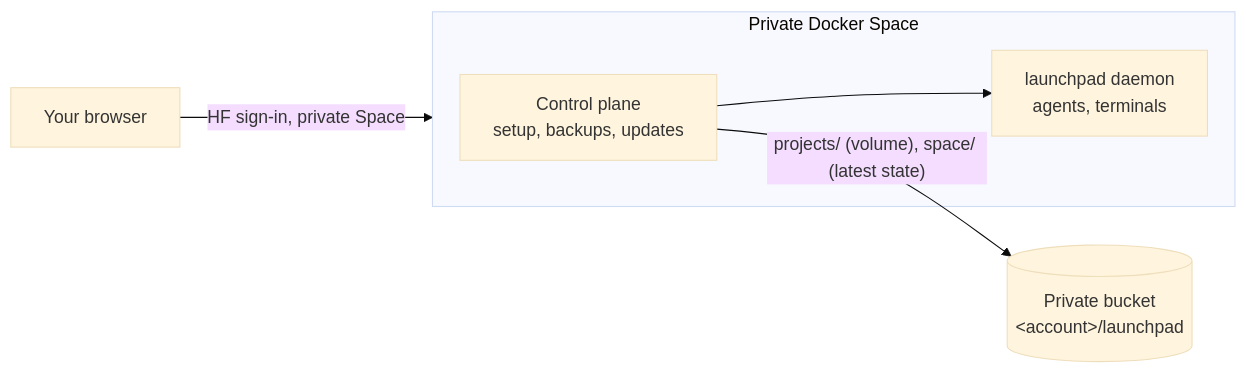
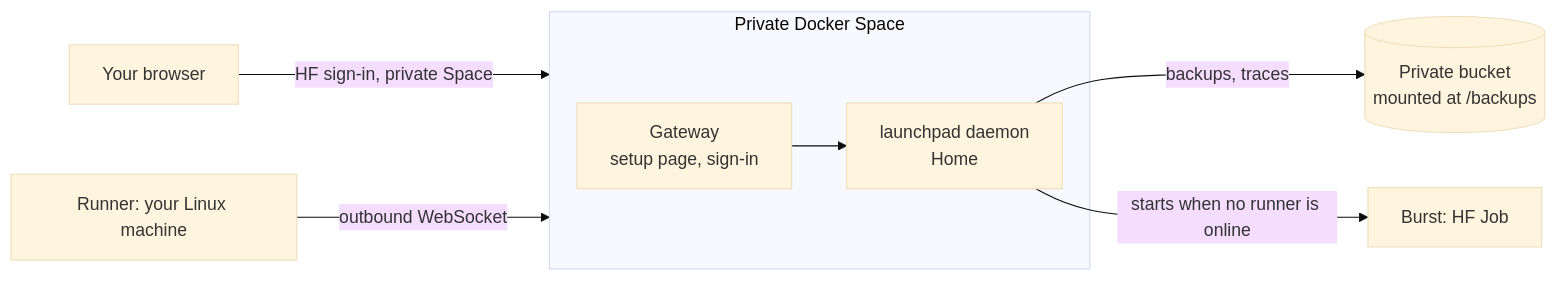
One commit to Wauplin/launchpad changed the diagram in docs/hugging-face.md. Above: the diagram before and after it, drawn with Mermaid (base theme). The commit also changed other lines of this file and 16 other files, not shown here.

Commit message:
Docs: Home and runners only (no single-process mode or desktop shell), placement, saving on Home, Home answers from Home Git, runner window status only, Home setup and runner checklist, Home in a Space (hf-home), Telegram-only notifications

````diff
--- a/docs/hugging-face.md
+++ b/docs/hugging-face.md
@@ -35,8 +35,10 @@
 ```mermaid
 flowchart LR
     B[Your browser] -->|HF sign-in, private Space| S
     subgraph S[Private Docker Space]
-        C["Control plane<br/>setup, backups, updates"] --> L["launchpad daemon<br/>agents, terminals"]
+        G["Gateway<br/>setup page, sign-in"] --> L["launchpad daemon<br/>Home"]
     end
-    C -->|"projects/ (volume), space/ (latest state)"| K[("Private bucket<br/>&lt;account&gt;/launchpad")]
+    L -->|"backups, traces"| K[("Private bucket<br/>mounted at /backups")]
+    R[Runner: your Linux machine] -->|outbound WebSocket| S
+    L -->|starts when no runner is online| J[Burst: HF Job]
 ```
````
